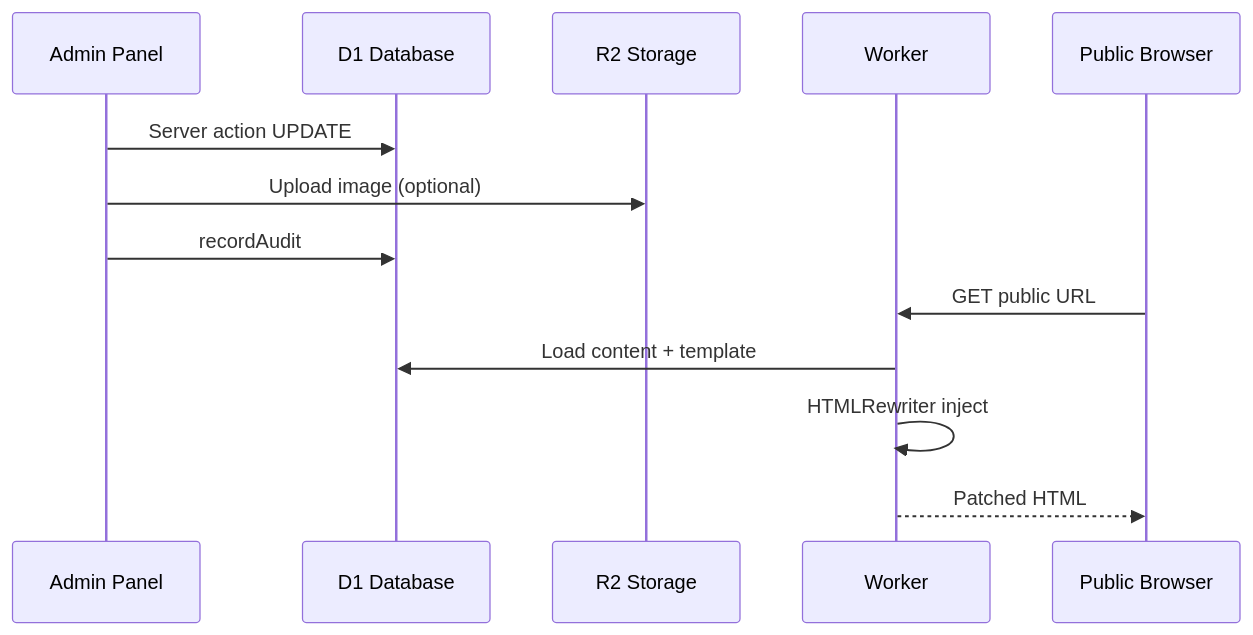
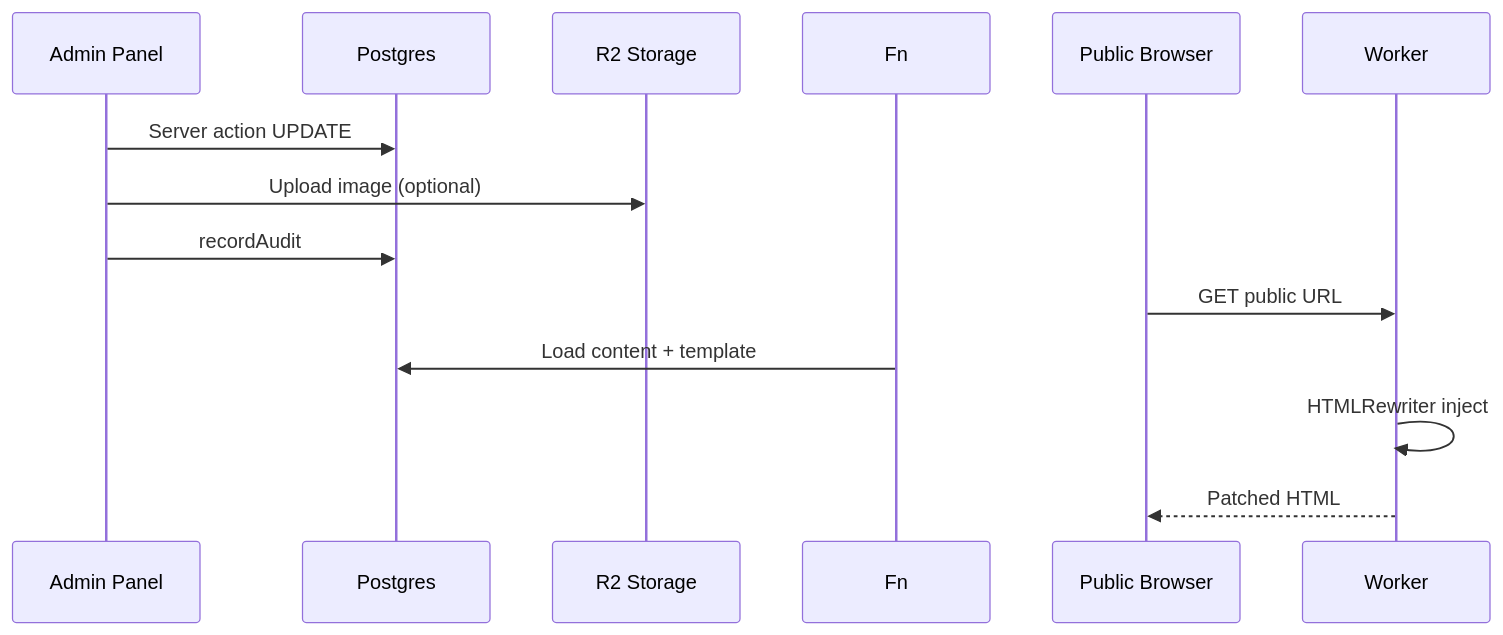
One commit to viraayaweddings/website changed the diagram in docs/07-workflows.md. Above: the diagram before and after it, drawn with Mermaid. The commit also changed other lines of this file and 41 other files, not shown here.

````diff
--- a/docs/07-workflows.md
+++ b/docs/07-workflows.md
@@ -174,17 +174,17 @@
 ```mermaid
 sequenceDiagram
   participant Admin as Admin Panel
-  participant D1 as D1 Database
+  participant DB as Postgres
   participant R2 as R2 Storage
-  participant Worker
+  participant Fn
   participant Browser as Public Browser
 
-  Admin->>D1: Server action UPDATE
+  Admin->>DB: Server action UPDATE
   Admin->>R2: Upload image (optional)
-  Admin->>D1: recordAudit
+  Admin->>DB: recordAudit
 
   Browser->>Worker: GET public URL
-  Worker->>D1: Load content + template
+  Fn->>DB: Load content + template
   Worker->>Worker: HTMLRewriter inject
   Worker-->>Browser: Patched HTML
 ```
````
